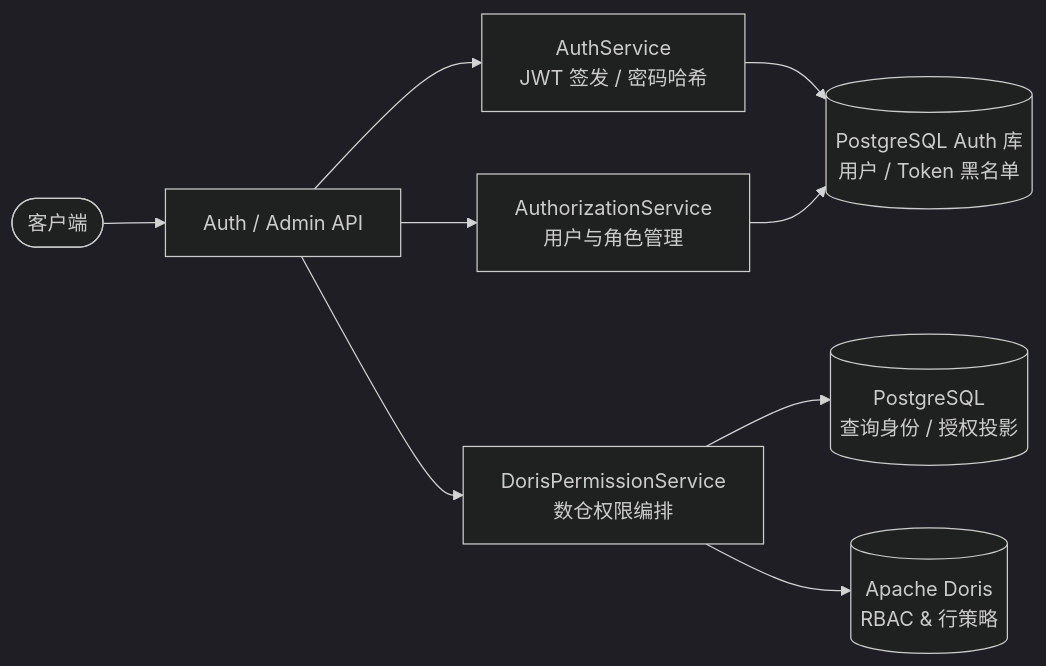
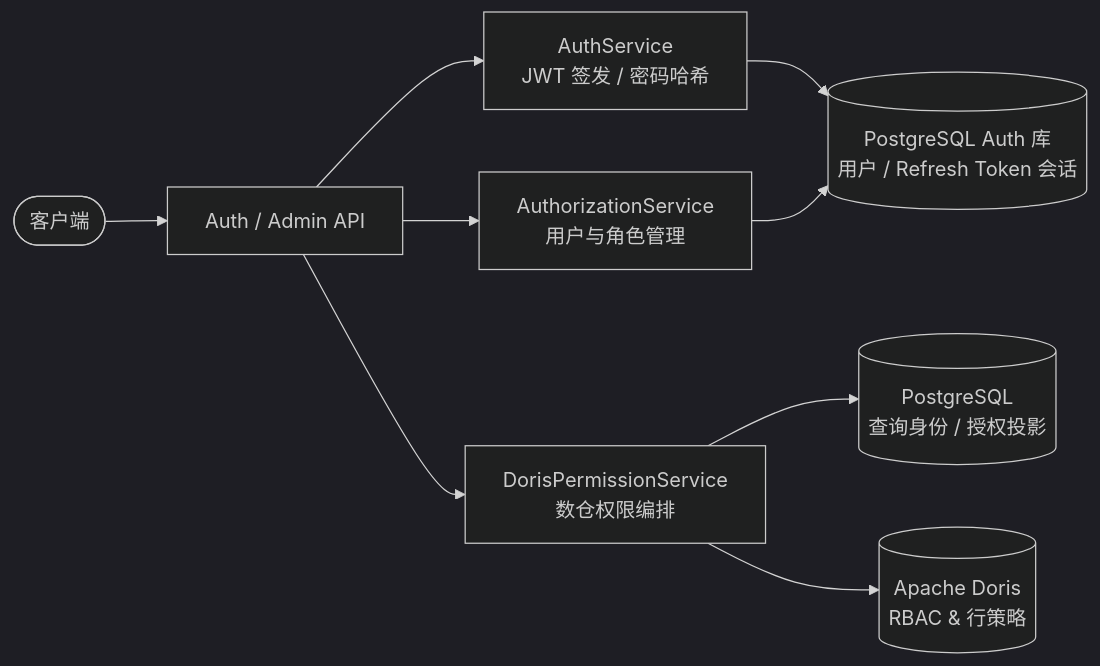
Before and after one commit to 2739673455/dataagent: the diagram in docs/01_AUTH_AND_SECURITY.md, drawn with Mermaid (dark theme). The commit also changed other lines of this file and 87 other files, not shown here.

````diff
--- a/docs/01_AUTH_AND_SECURITY.md
+++ b/docs/01_AUTH_AND_SECURITY.md
@@ -7,12 +7,12 @@
 ```mermaid
 flowchart LR
     Client([客户端]) --> AuthRoutes[Auth / Admin API]
     AuthRoutes --> AuthService[AuthService\nJWT 签发 / 密码哈希]
     AuthRoutes --> AdminService[AuthorizationService\n用户与角色管理]
     AuthRoutes --> PermService[DorisPermissionService\n数仓权限编排]
     
-    AuthService --> AuthPG[(PostgreSQL Auth 库\n用户 / Token 黑名单)]
+    AuthService --> AuthPG[(PostgreSQL Auth 库\n用户 / Refresh Token 会话)]
     AdminService --> AuthPG
     PermService --> DorisPG[(PostgreSQL\n查询身份 / 授权投影)]
     PermService --> DorisEngine[(Apache Doris\nRBAC & 行策略)]
 ```
````
